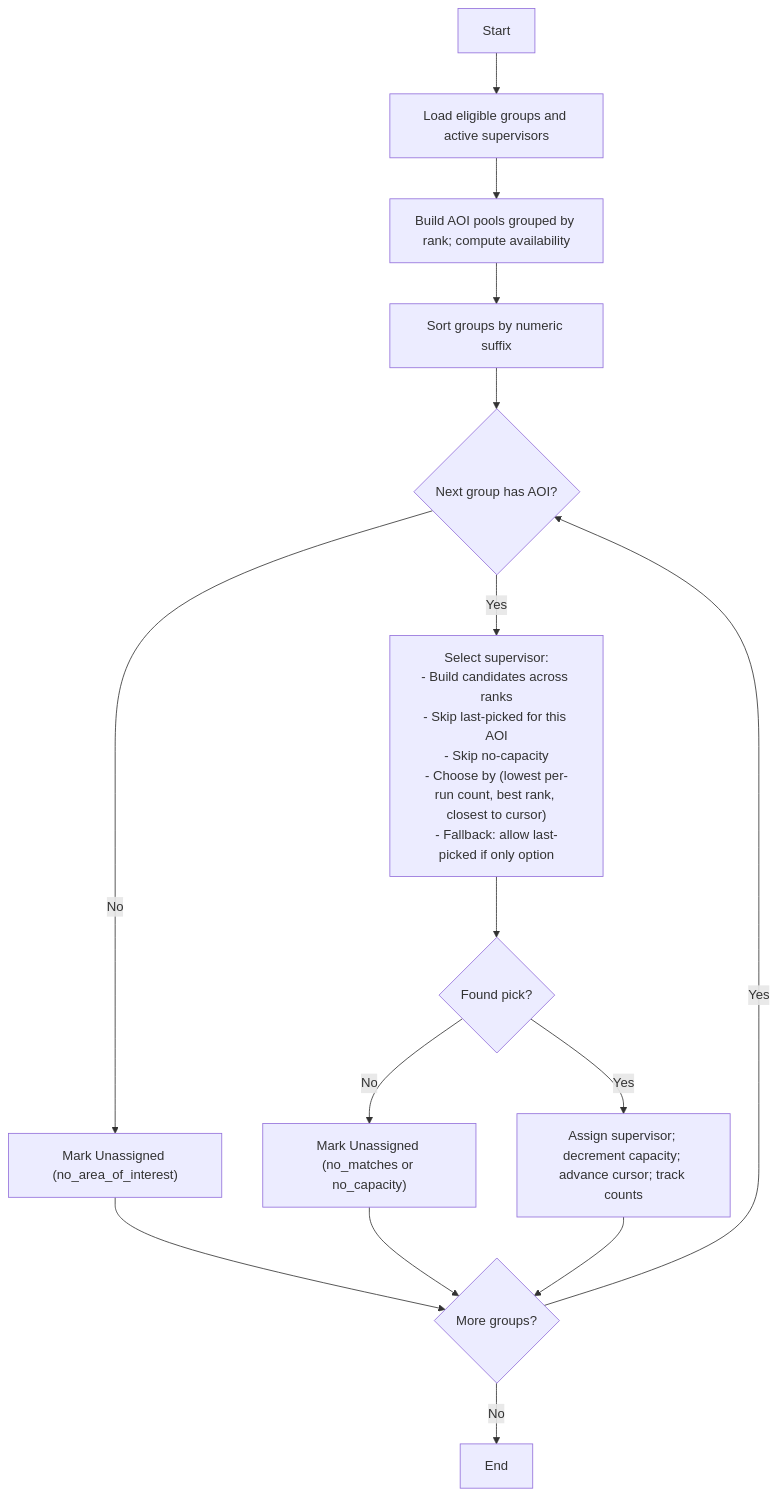
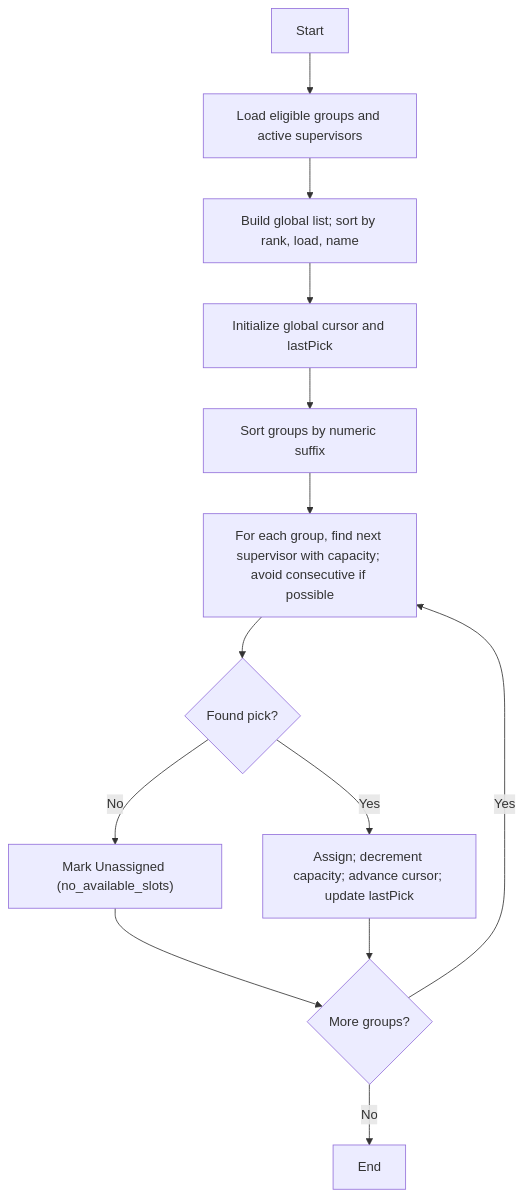
The first of 2 diagrams in supervisor_assignment_algo.md (abdullah2323442/thesisrepo-backup), drawn with Mermaid before and after one commit.

````diff
--- a/supervisor_assignment_algo.md
+++ b/supervisor_assignment_algo.md
@@ -92,21 +92,16 @@
 ```mermaid
 flowchart TD
   A["Start"] --> B["Load eligible groups and active supervisors"]
-  B --> C["Build AOI pools grouped by rank; compute availability"]
-  C --> D["Sort groups by numeric suffix"]
-  D --> E{"Next group has AOI?"}
-  E -- No --> F["Mark Unassigned (no_area_of_interest)"] --> J
-  E -- Yes --> G["Select supervisor:
-- Build candidates across ranks
-- Skip last-picked for this AOI
-- Skip no-capacity
-- Choose by (lowest per-run count, best rank, closest to cursor)
-- Fallback: allow last-picked if only option"]
-  G --> H{"Found pick?"}
-  H -- No --> I["Mark Unassigned (no_matches or no_capacity)"] --> J
-  H -- Yes --> K["Assign supervisor; decrement capacity; advance cursor; track counts"]
-  K --> J{"More groups?"}
-  J -- Yes --> E
-  J -- No --> L["End"]
+  B --> C["Build global list; sort by rank, load, name"]
+  C --> D["Initialize global cursor and lastPick"]
+  D --> E["Sort groups by numeric suffix"]
+  E --> F["For each group, find next supervisor with capacity; avoid consecutive if possible"]
+  F --> G{"Found pick?"}
+  G -- No --> H["Mark Unassigned (no_available_slots)"] --> J
+  G -- Yes --> I["Assign; decrement capacity; advance cursor; update lastPick"]
+  I --> J{"More groups?"}
+  J -- Yes --> F
+  J -- No --> K["End"]
+
 
 ```
````
